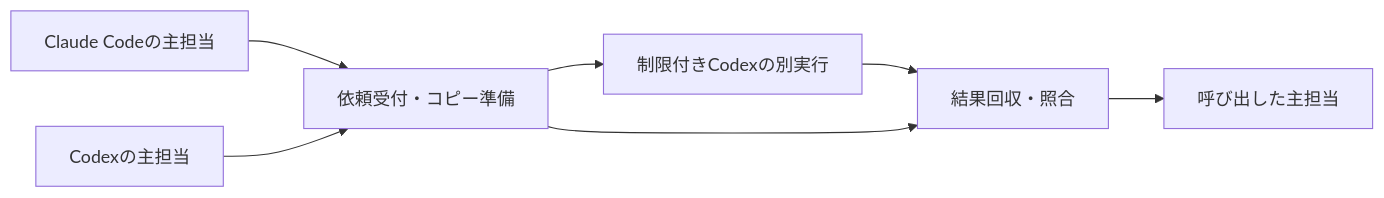
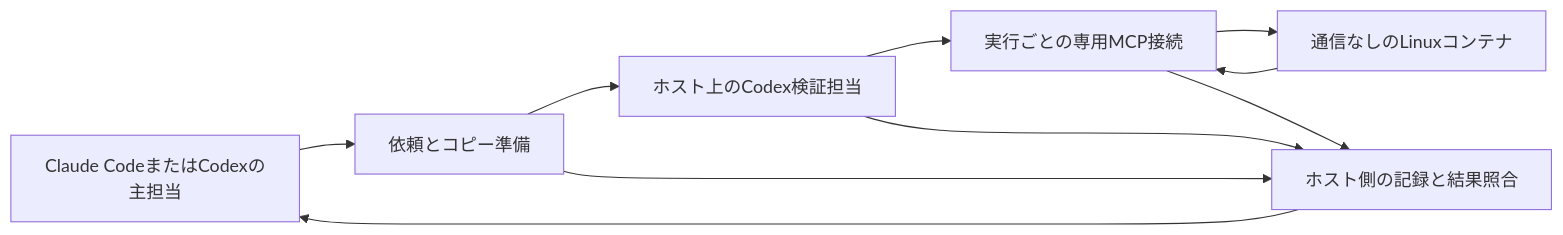
The diagram in docs/current/specs/2026-09-09-isolated-verification/00-overview.md (taika-izumi/ai-driven-dev-principles), drawn with Mermaid before and after one commit. The commit also changed other lines of this file and 15 other files, not shown here.

````diff
--- a/docs/current/specs/2026-09-09-isolated-verification/00-overview.md
+++ b/docs/current/specs/2026-09-09-isolated-verification/00-overview.md
@@ -28,9 +29,12 @@
 ```mermaid
 flowchart LR
-  C[Claude Codeの主担当] --> P[依頼受付・コピー準備]
-  X[Codexの主担当] --> P
-  P --> E[制限付きCodexの別実行]
-  E --> R[結果回収・照合]
-  P --> R
-  R --> O[呼び出した主担当]
+  P[Claude CodeまたはCodexの主担当] --> Q[依頼とコピー準備]
+  Q --> A[ホスト上のCodex検証担当]
+  A --> M[実行ごとの専用MCP接続]
+  M --> D[通信なしのLinuxコンテナ]
+  D --> M
+  M --> R[ホスト側の記録と結果照合]
+  A --> R
+  Q --> R
+  R --> P
 ```
````
